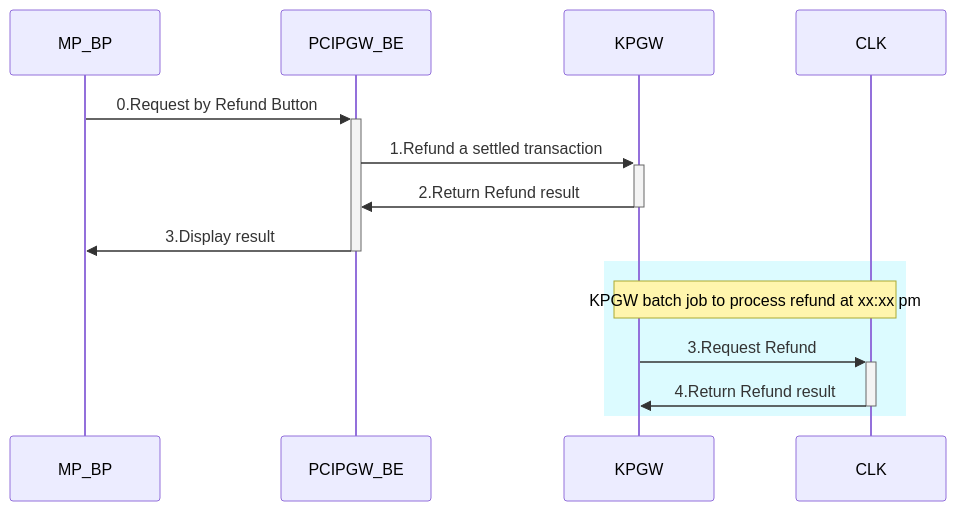
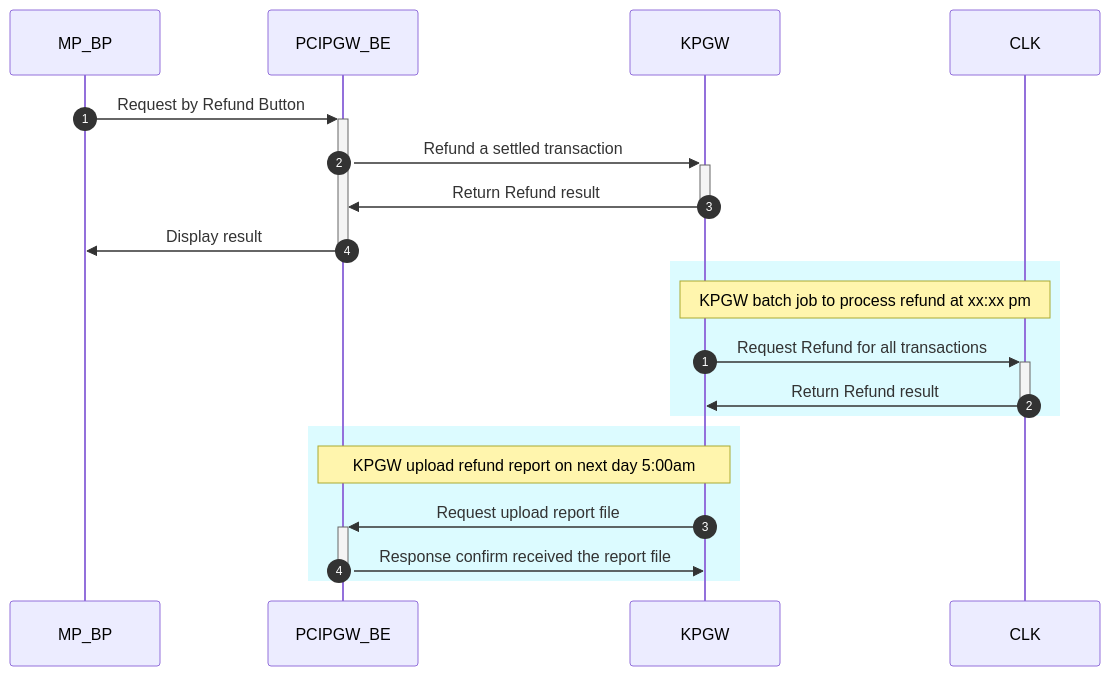
The third of 3 diagrams in Cybs-Ph2-Flow2.md (yuusuke25/MyNotes), drawn with Mermaid before and after one commit. The commit also changed other lines of this file, not shown here.

````diff
--- a/Cybs-Ph2-Flow2.md
+++ b/Cybs-Ph2-Flow2.md
@@ -49,13 +64,20 @@
 ```mermaid
     sequenceDiagram
-        MP_BP->>+PCIPGW_BE:0.Request by Refund Button
-        PCIPGW_BE->>+KPGW:1.Refund a settled transaction
-        KPGW->>-PCIPGW_BE:2.Return Refund result
-        PCIPGW_BE->>-MP_BP:3.Display result
+        autonumber 1
+        MP_BP->>+PCIPGW_BE:Request by Refund Button
+        PCIPGW_BE->>+KPGW:Refund a settled transaction
+        KPGW->>-PCIPGW_BE:Return Refund result
+        PCIPGW_BE->>-MP_BP:Display result
         
         rect rgb(220, 251, 255)
+            autonumber 1
             Note over KPGW,CLK: KPGW batch job to process refund at xx:xx pm
-            KPGW->>+CLK:3.Request Refund
-            CLK->>-KPGW:4.Return Refund result
+            KPGW->>+CLK:Request Refund for all transactions
+            CLK->>-KPGW:Return Refund result
+        end
+        rect rgb(220, 251, 255)
+            Note over PCIPGW_BE,KPGW: KPGW upload refund report on next day 5:00am
+            KPGW->>+PCIPGW_BE:Request upload report file
+            PCIPGW_BE->>-KPGW:Response confirm received the report file
         end
 ```
````
